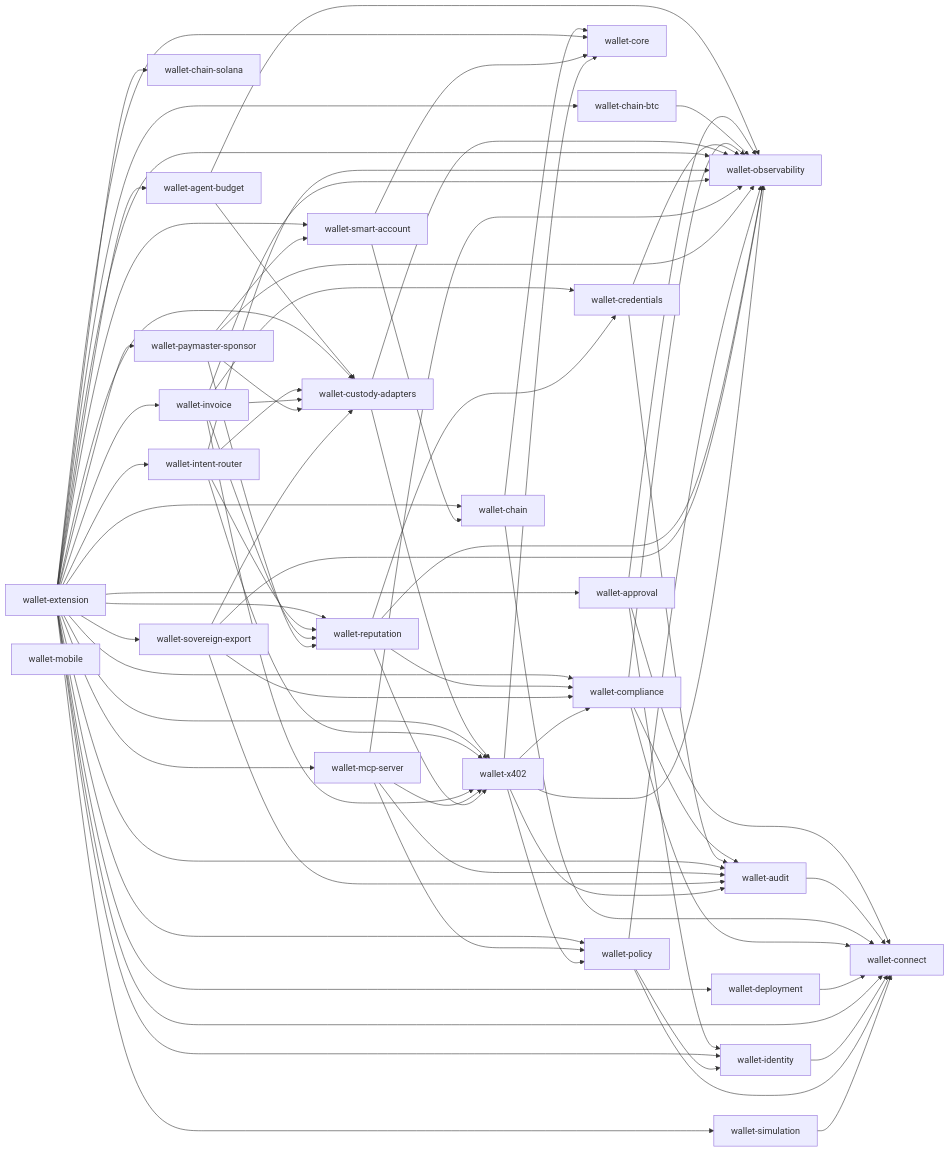
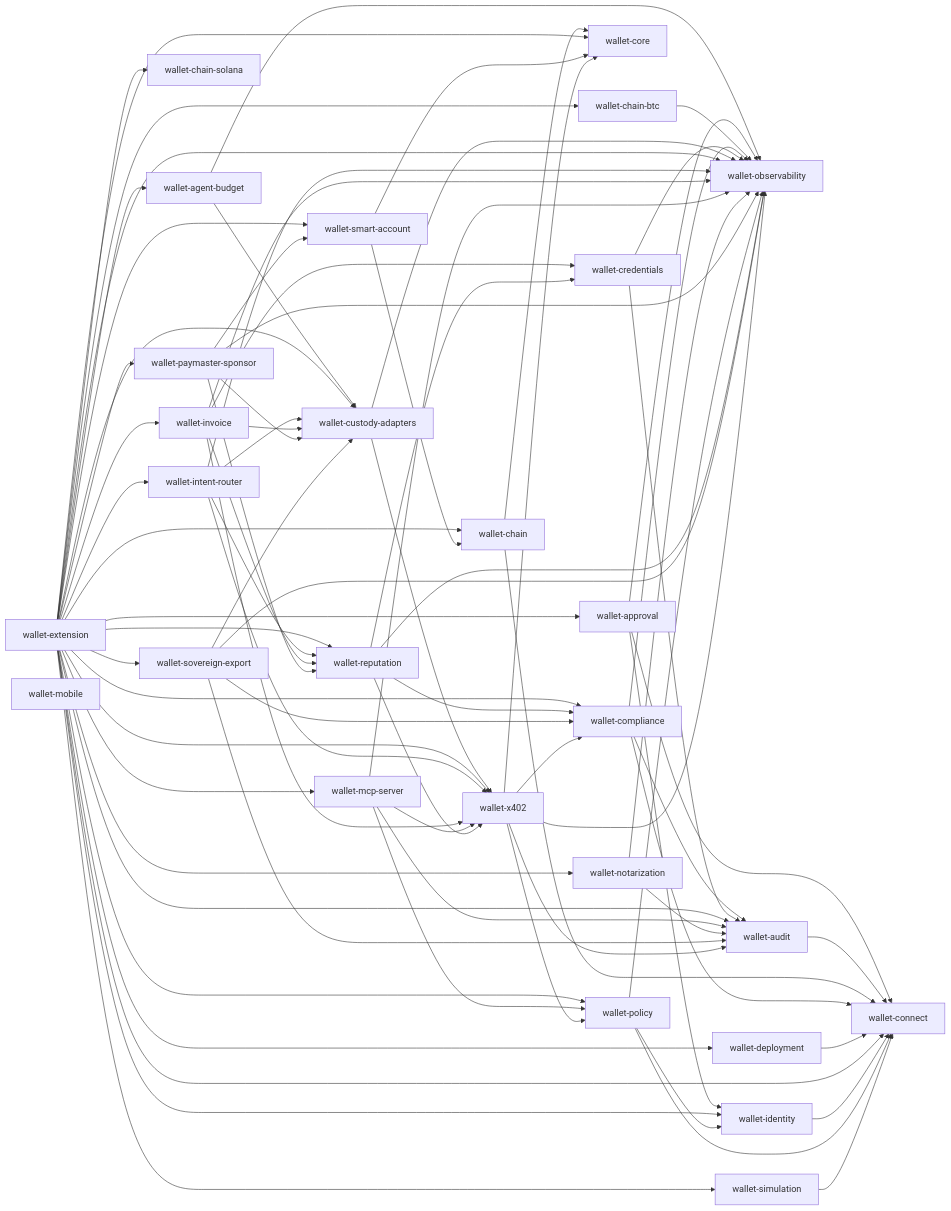
The diagram in reports/workspace-deps.mmd (aethelred-foundation/wallet), drawn with Mermaid before and after one commit. The commit also changed 16 other files, not shown here.

First line of the commit message:
feat(notarization): on-chain anchoring for the audit Merkle trail (#60)

```diff
--- a/reports/workspace-deps.mmd
+++ b/reports/workspace-deps.mmd
@@ -1,83 +1,86 @@
 flowchart LR
   wallet-agent-budget --> wallet-custody-adapters
   wallet-agent-budget --> wallet-observability
   wallet-approval --> wallet-connect
   wallet-approval --> wallet-identity
   wallet-approval --> wallet-observability
   wallet-audit --> wallet-connect
   wallet-chain --> wallet-connect
   wallet-chain --> wallet-core
   wallet-chain-btc --> wallet-observability
   wallet-chain-solana
   wallet-compliance --> wallet-audit
   wallet-compliance --> wallet-connect
   wallet-compliance --> wallet-observability
   wallet-connect
   wallet-core
   wallet-credentials --> wallet-audit
   wallet-credentials --> wallet-observability
   wallet-custody-adapters --> wallet-observability
   wallet-custody-adapters --> wallet-x402
   wallet-deployment --> wallet-connect
   wallet-extension --> wallet-agent-budget
   wallet-extension --> wallet-approval
   wallet-extension --> wallet-audit
   wallet-extension --> wallet-chain
   wallet-extension --> wallet-chain-btc
   wallet-extension --> wallet-chain-solana
   wallet-extension --> wallet-compliance
   wallet-extension --> wallet-connect
   wallet-extension --> wallet-core
   wallet-extension --> wallet-custody-adapters
   wallet-extension --> wallet-deployment
   wallet-extension --> wallet-identity
   wallet-extension --> wallet-intent-router
   wallet-extension --> wallet-invoice
   wallet-extension --> wallet-mcp-server
+  wallet-extension --> wallet-notarization
   wallet-extension --> wallet-observability
   wallet-extension --> wallet-paymaster-sponsor
   wallet-extension --> wallet-policy
   wallet-extension --> wallet-reputation
   wallet-extension --> wallet-simulation
   wallet-extension --> wallet-smart-account
   wallet-extension --> wallet-sovereign-export
   wallet-extension --> wallet-x402
   wallet-identity --> wallet-connect
   wallet-intent-router --> wallet-custody-adapters
   wallet-intent-router --> wallet-observability
   wallet-intent-router --> wallet-reputation
   wallet-intent-router --> wallet-x402
   wallet-invoice --> wallet-credentials
   wallet-invoice --> wallet-custody-adapters
   wallet-invoice --> wallet-observability
   wallet-invoice --> wallet-reputation
   wallet-invoice --> wallet-x402
   wallet-mcp-server --> wallet-audit
   wallet-mcp-server --> wallet-observability
   wallet-mcp-server --> wallet-policy
   wallet-mcp-server --> wallet-x402
   wallet-mobile
+  wallet-notarization --> wallet-audit
+  wallet-notarization --> wallet-observability
   wallet-observability
   wallet-paymaster-sponsor --> wallet-custody-adapters
   wallet-paymaster-sponsor --> wallet-observability
   wallet-paymaster-sponsor --> wallet-reputation
   wallet-paymaster-sponsor --> wallet-smart-account
   wallet-policy --> wallet-connect
   wallet-policy --> wallet-identity
   wallet-policy --> wallet-observability
   wallet-reputation --> wallet-compliance
   wallet-reputation --> wallet-credentials
   wallet-reputation --> wallet-observability
   wallet-reputation --> wallet-x402
   wallet-simulation --> wallet-connect
   wallet-smart-account --> wallet-chain
   wallet-smart-account --> wallet-core
   wallet-sovereign-export --> wallet-audit
   wallet-sovereign-export --> wallet-compliance
   wallet-sovereign-export --> wallet-custody-adapters
   wallet-sovereign-export --> wallet-observability
   wallet-x402 --> wallet-audit
   wallet-x402 --> wallet-compliance
   wallet-x402 --> wallet-core
   wallet-x402 --> wallet-observability
   wallet-x402 --> wallet-policy
```
